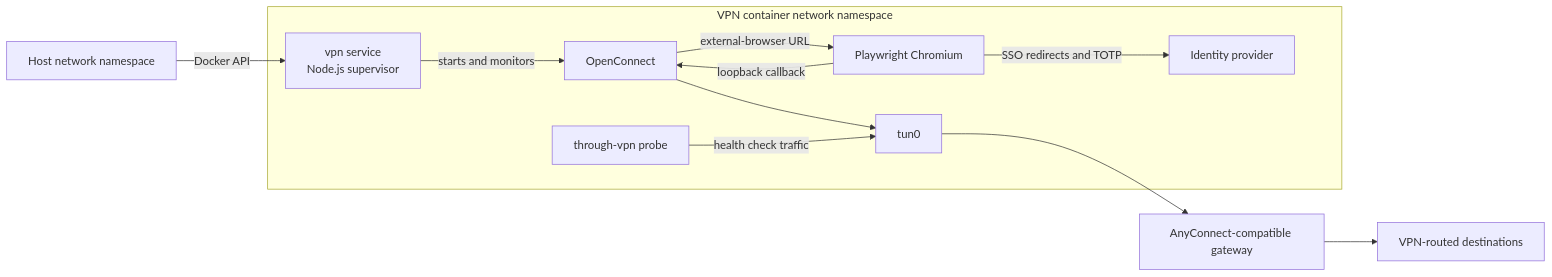
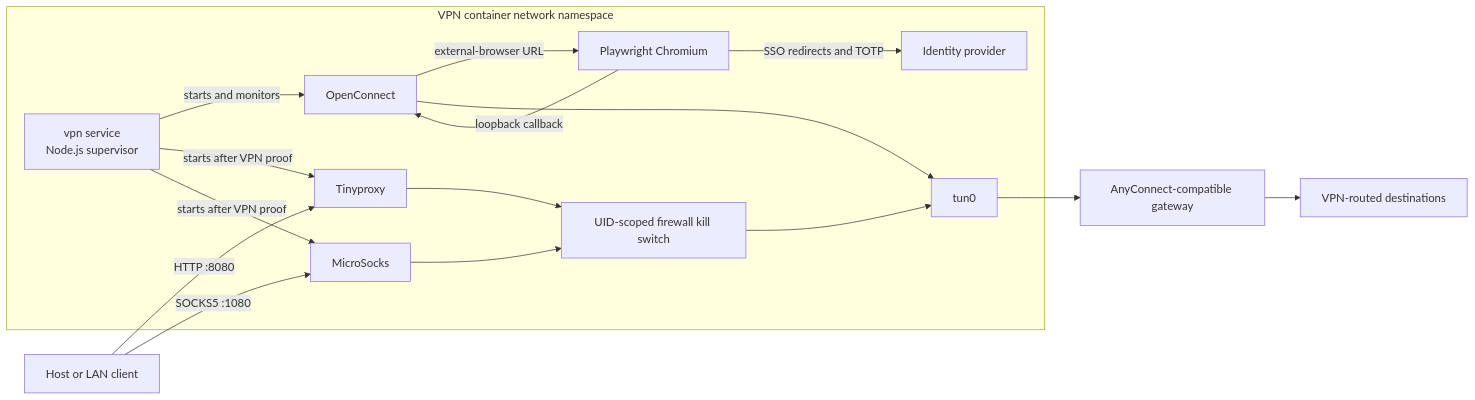
Before and after one commit to cjangrist/anyconnect-browser-auth: the first of 2 diagrams in with-compose/README.md, drawn with Mermaid. The commit also changed other lines of this file and 4 other files, not shown here.

Commit message:
feat(vpn): add fail-closed HTTP and SOCKS proxies

````diff
--- a/with-compose/README.md
+++ b/with-compose/README.md
@@ -43,22 +47,29 @@
 ```mermaid
 flowchart LR
-    Host[Host network namespace] -->|Docker API| VPN
+    Client[Host or LAN client] -->|HTTP :8080| HTTPProxy
+    Client -->|SOCKS5 :1080| SOCKSProxy
 
     subgraph Namespace[VPN container network namespace]
         VPN[vpn service\nNode.js supervisor]
         OC[OpenConnect]
         Browser[Playwright Chromium]
         Tunnel[tun0]
-        Probe[through-vpn probe]
+        KillSwitch[UID-scoped firewall kill switch]
+        HTTPProxy[Tinyproxy]
+        SOCKSProxy[MicroSocks]
 
         VPN -->|starts and monitors| OC
+        VPN -->|starts after VPN proof| HTTPProxy
+        VPN -->|starts after VPN proof| SOCKSProxy
         OC -->|external-browser URL| Browser
         Browser -->|SSO redirects and TOTP| IdP[Identity provider]
         Browser -->|loopback callback| OC
         OC --> Tunnel
-        Probe -->|health check traffic| Tunnel
+        HTTPProxy --> KillSwitch
+        SOCKSProxy --> KillSwitch
+        KillSwitch --> Tunnel
     end
 
     Tunnel --> Gateway[AnyConnect-compatible gateway]
     Gateway --> Internet[VPN-routed destinations]
 ```
````
